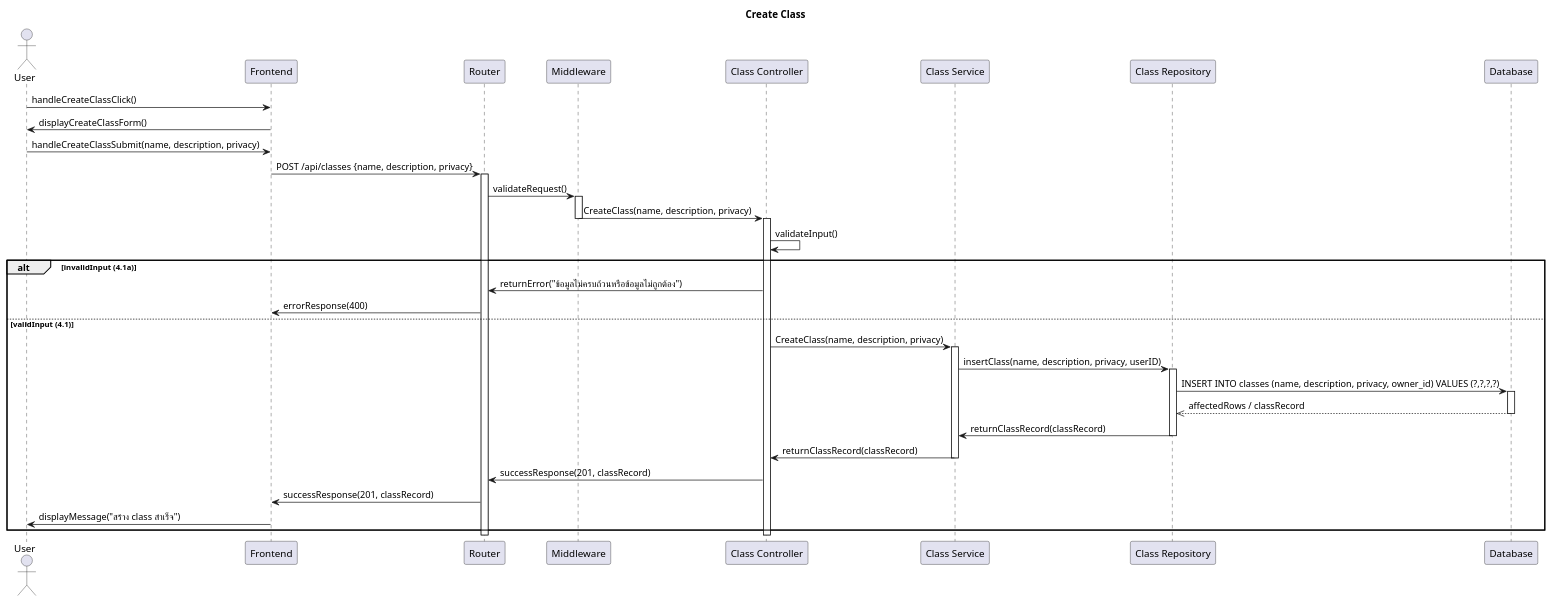
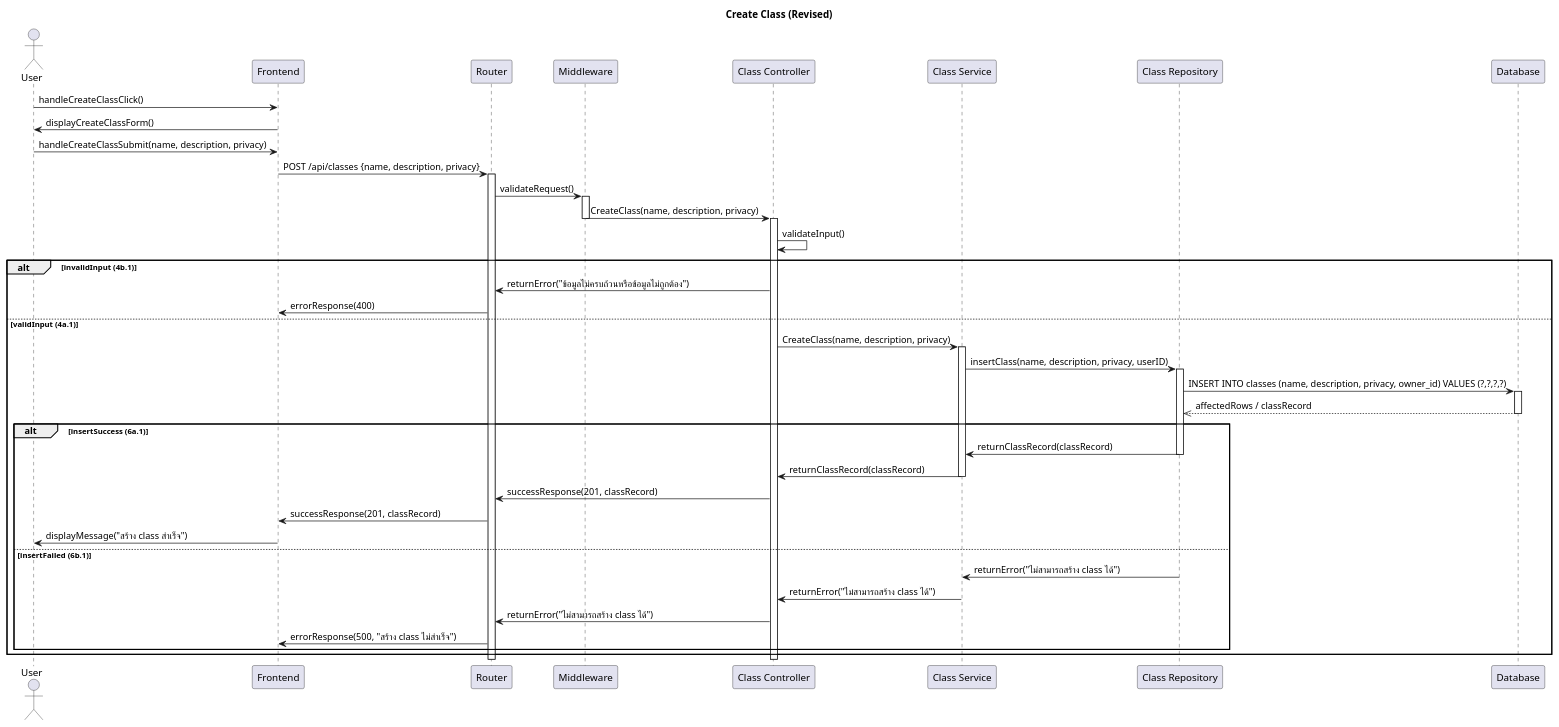
One commit to CS371-Project-Management/CS371-Sequence-Diagram changed the diagram in SD-Create-Class.puml. Above: the diagram before and after it, drawn with PlantUML. The commit also changed 4 other files, not shown here.

```diff
--- a/SD-Create-Class.puml
+++ b/SD-Create-Class.puml
@@ -1,53 +1,59 @@
 @startuml
-title Create Class
+title Create Class (Revised)
 
 actor User
 participant "Frontend" as FE
 participant Router
 participant "Middleware" as MW
 participant "Class Controller" as Controller
 participant "Class Service" as Service
 participant "Class Repository" as Repository
 participant "Database" as DB
 
 'Display Create Class Form'
 User -> FE: handleCreateClassClick()
 FE -> User: displayCreateClassForm()
 
 'Submit Create Class'
 User -> FE: handleCreateClassSubmit(name, description, privacy)
 FE -> Router: POST /api/classes {name, description, privacy}
 activate Router
 Router -> MW: validateRequest()
 activate MW
 MW -> Controller: CreateClass(name, description, privacy)
 deactivate MW
 activate Controller
 Controller -> Controller: validateInput()
-
-alt invalidInput (4.1a)
+alt invalidInput (4b.1)
     Controller -> Router: returnError("ข้อมูลไม่ครบถ้วนหรือข้อมูลไม่ถูกต้อง")
     Router -> FE: errorResponse(400)
-else validInput (4.1)
+else validInput (4a.1)
     Controller -> Service: CreateClass(name, description, privacy)
     activate Service
     Service -> Repository: insertClass(name, description, privacy, userID)
     activate Repository
     Repository -> DB: INSERT INTO classes (name, description, privacy, owner_id) VALUES (?,?,?,?)
     activate DB
     DB -->> Repository: affectedRows / classRecord
     deactivate DB
-
+    alt insertSuccess (6a.1)
         Repository -> Service: returnClassRecord(classRecord)
         deactivate Repository
         Service -> Controller: returnClassRecord(classRecord)
         deactivate Service
         Controller -> Router: successResponse(201, classRecord)
         Router -> FE: successResponse(201, classRecord)
         FE -> User: displayMessage("สร้าง class สำเร็จ")
+    else insertFailed (6b.1)
+        Repository -> Service: returnError("ไม่สามารถสร้าง class ได้")
+        deactivate Repository
+        Service -> Controller: returnError("ไม่สามารถสร้าง class ได้")
+        deactivate Service
+        Controller -> Router: returnError("ไม่สามารถสร้าง class ได้")
+        Router -> FE: errorResponse(500, "สร้าง class ไม่สำเร็จ")
+    end
 end
 deactivate Controller
-deactivate MW
 deactivate Router
 
 @enduml
```
